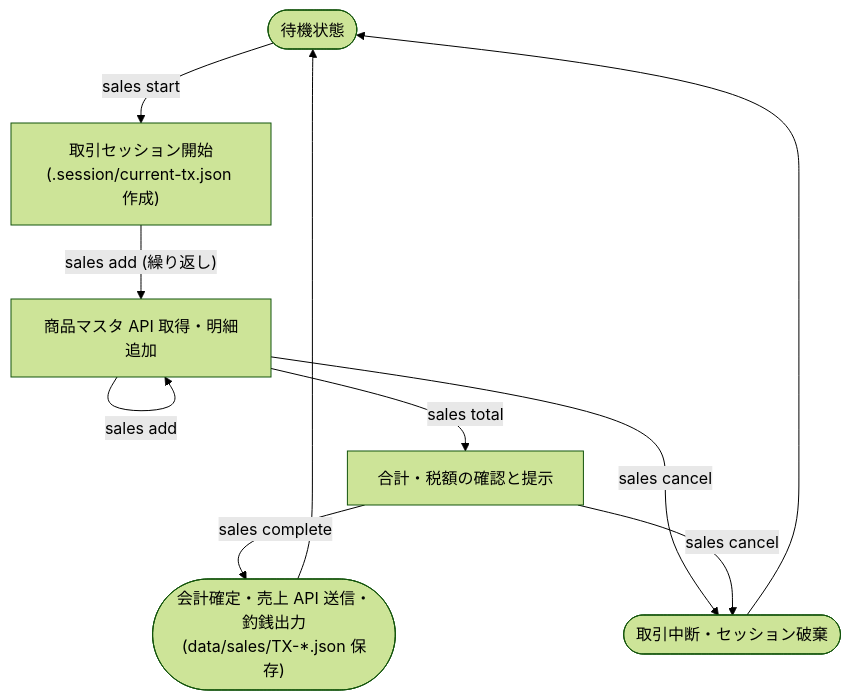
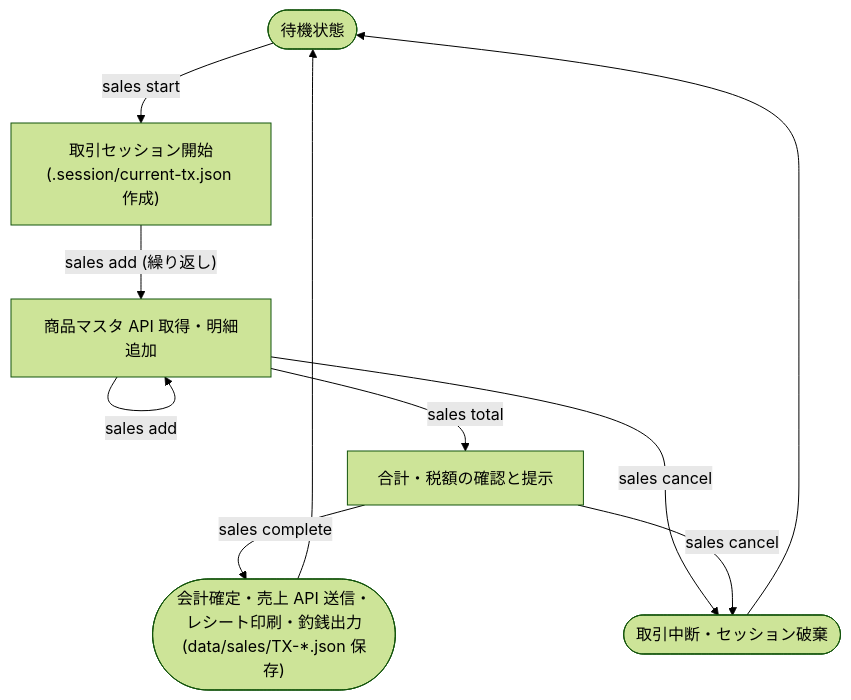
Before and after one commit to specdojo/specdojo: the diagram in docs/ja/specdojo/samples/clis-sample.md, drawn with Mermaid (forest theme). The commit also changed other lines of this file and 6 other files, not shown here.

Commit message:
exec(register PJR-1D1X): CLI 仕様（clis）の図を単純にし、自システムの API と外部コマンドの参照先を足す

````diff
--- a/docs/ja/specdojo/samples/clis-sample.md
+++ b/docs/ja/specdojo/samples/clis-sample.md
@@ -30,12 +30,12 @@
 ```mermaid
 flowchart TD
     Start(["待機状態"]) -->|"sales start"| Session["取引セッション開始<br/>(.session/current-tx.json 作成)"]
     Session -->|"sales add (繰り返し)"| Adding["商品マスタ API 取得・明細追加"]
     Adding -->|"sales add"| Adding
     Adding -->|"sales total"| Confirm["合計・税額の確認と提示"]
-    Confirm -->|"sales complete"| Done(["会計確定・売上 API 送信・釣銭出力<br/>(data/sales/TX-*.json 保存)"])
+    Confirm -->|"sales complete"| Done(["会計確定・売上 API 送信・レシート印刷・釣銭出力<br/>(data/sales/TX-*.json 保存)"])
     Adding -->|"sales cancel"| Cancel(["取引中断・セッション破棄"])
     Confirm -->|"sales cancel"| Cancel
     Cancel --> Start
     Done --> Start
 ```
````
